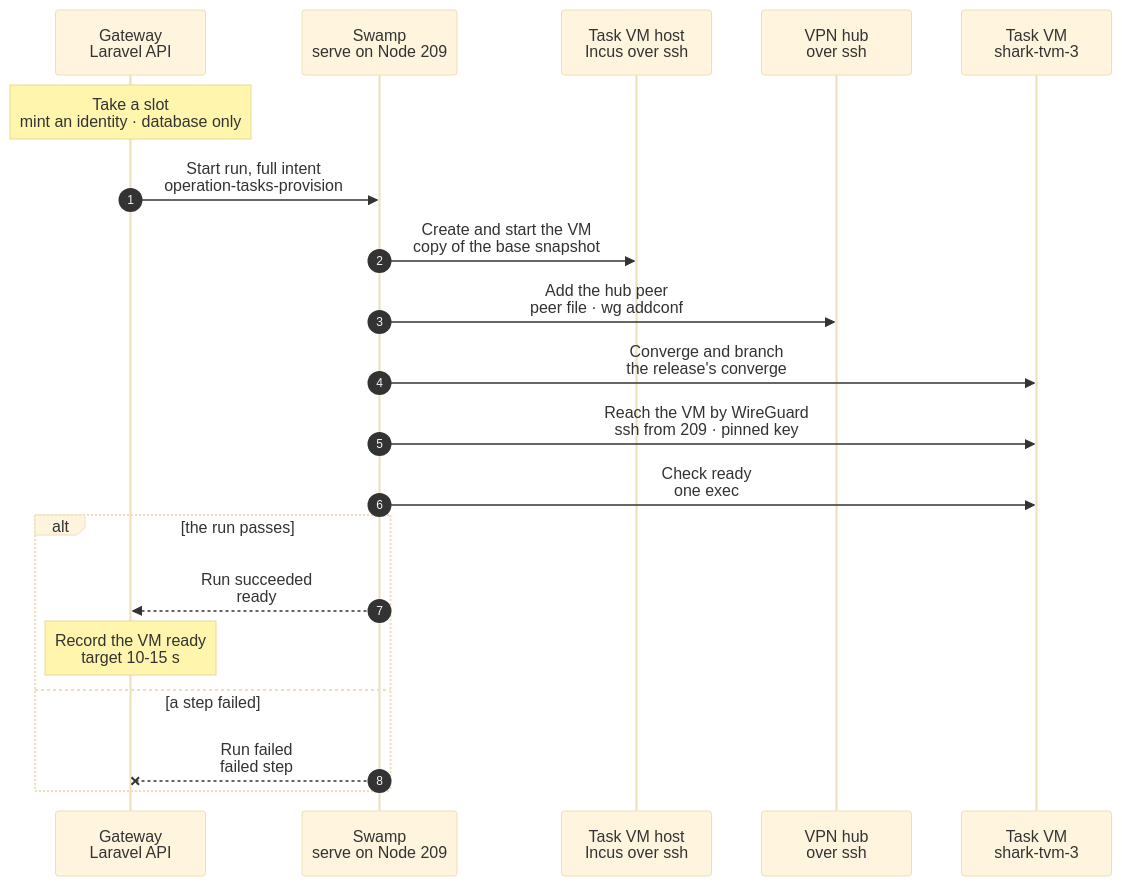
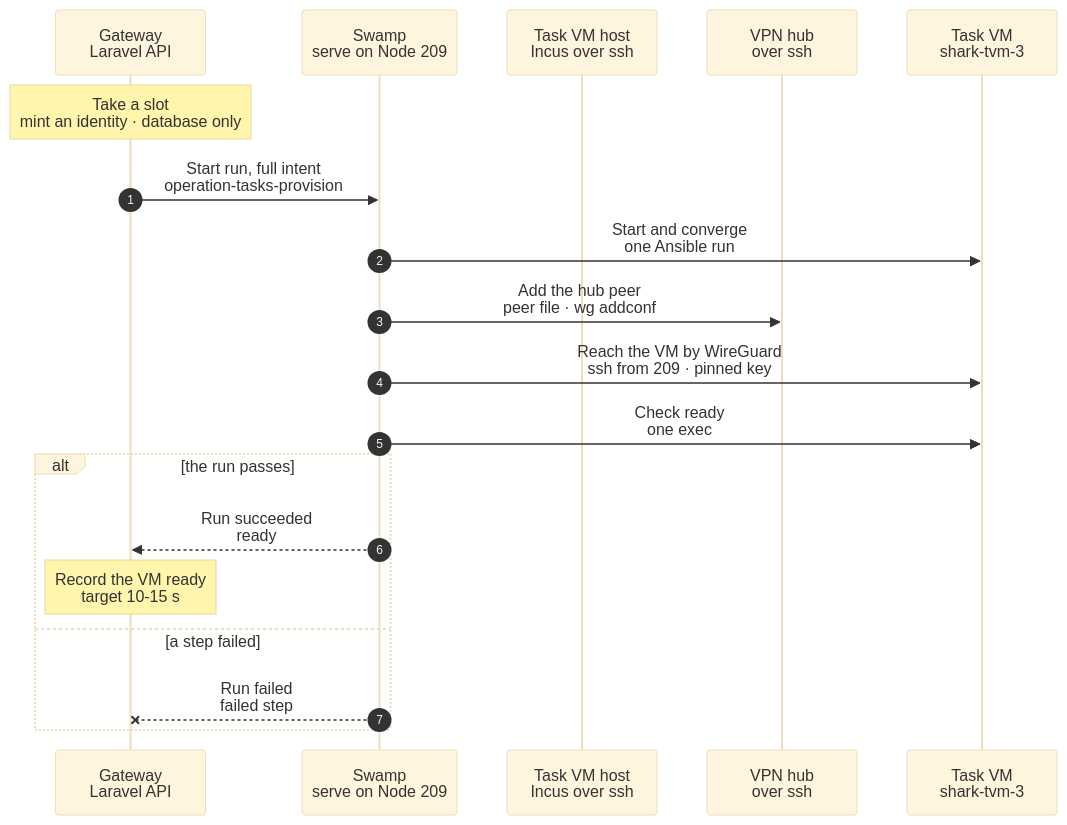
The diagram in docs/cli/tasks/provision.mmd (hardimpactdev/orbit), drawn with Mermaid (base theme) before and after one commit. The commit also changed 10 other files, not shown here.

First line of the commit message:
Task start: the host part and the converge are one Ansible run in one Swamp step

```diff
--- a/docs/cli/tasks/provision.mmd
+++ b/docs/cli/tasks/provision.mmd
@@ -1,58 +1,57 @@
 sequenceDiagram
   %% Target design (agreed with Nick, 2026-11-07): a task start copies the host's base VM snapshot and gives the copy a fresh identity. There are no fixed slot identities: a slot is only a place under the host's capacity (`max_vms`), and the VM is named `<host>-tvm-<n>` by its slot number.
   %% status: draft
   %% command: tasks:provision
   %% kind: tasks.provision
   autonumber
   %% lane GW icon=gateway pill=intent tone=blue
   %% lane SW icon=workflow pill=executes tone=green
   %% lane H icon=server pill=target tone=amber
   %% lane HUB icon=server pill=target tone=purple
   %% lane VM icon=server pill=task VM tone=purple
   participant GW as Gateway<br/>Laravel API
   participant SW as Swamp<br/>serve on Node 209
   participant H as Task VM host<br/>Incus over ssh
   participant HUB as VPN hub<br/>over ssh
   participant VM as Task VM<br/>shark-tvm-3
   Note over GW: Take a slot<br/>mint an identity · database only
   %%> Started by:
   %%> - `tasks:provision` for a todo group, from proof CI or feature work
   %%> Result:
   %%> - the lowest free slot number under the capacity of the host with the most room: `shark-tvm-3`
   %%> - a fresh identity: the Node record with its `app-dev` role, a WireGuard key pair, the agent secret and an SSH host key, pinned on the Node from the start so nothing is read back
   %%> - the claim's Pi token and Pi models file in the vault; the file holds the model router guard origin and the one fixed model key, the same for every VM
   GW->>SW: Start run, full intent<br/>operation-tasks-provision
-  SW->>H: Create and start the VM<br/>copy of the base snapshot
+  SW->>VM: Start and converge<br/>one Ansible run
   %%> What it does:
-  %%> - one host phase: `incus copy` of the base VM's recorded snapshot and a clone of its seed snapshot (ZFS clones); an identity volume of the VM with the identity and the claim (the Pi token and the Pi models file), pushed from the vault on stdin; then `incus start`. It waits for nothing in the guest
+  %%> - one `ansible-playbook` run with two parts, and no second start: the host part runs on the task VM host over ssh, then the converge runs on the VM over WireGuard
+  %%> - host part: `incus copy` of the base VM's recorded snapshot and a clone of its seed snapshot (ZFS clones); an identity volume of the VM with the identity and the claim (the Pi token and the Pi models file), pushed from the vault on stdin; then `incus start`. It waits for nothing in the guest
   %%> - Pi calls the guard with the fixed key from the VM's own WireGuard address; the start makes no model router call and registers no key
   %%> - at boot, the base's `orbit-identity` unit applies the identity volume before sshd, WireGuard and the agent start, then unmounts it; sshd answers over WireGuard about 6 s after the start
   %%> - the containers start by themselves (`boot.autostart`) and already hold the proof Swamp Club key of the base
-  SW->>HUB: Add the hub peer<br/>peer file · wg addconf
-  %%> Runs beside the step before it: Swamp starts both at once.
-  %%> What it does:
-  %%> - the VM's public key and address on the WireGuard hub, while the VM boots
-  SW->>VM: Converge and branch<br/>the release's converge
-  %%> What it does:
-  %%> - the same Ansible converge as the release refresh, over WireGuard with the address and host key of the admission; it starts as soon as sshd answers and reads nothing back from the host
-  %%> - the glue is two steps: write the intent once, then one step that builds the playbook input and starts Ansible; the address and host key come from the admission, so nothing is read from the host
+  %%> - converge part: the same Ansible converge as the release refresh, with the address and host key of the admission; it starts as soon as sshd answers and reads nothing back from the host
+  %%> - the glue is one write of the intent and the step that builds the playbook input and starts Ansible; nothing is read from the host
   %%> - with no delta every part is skipped, and it catches up a small delta when main moved since the last release
   %%> - the nested Gateway's services restart only when `apps/gateway` changed since the base, and its agent delivery manifest is placed only when the pinned agent build changed; a commit that changes neither does neither
   %%> - the containers' `base` snapshots belong to the refresh: a task start never retakes them
   %%> - then the new task branch on the checkout; it waits for no nested service
+  SW->>HUB: Add the hub peer<br/>peer file · wg addconf
+  %%> Runs beside the step before it: Swamp starts both at once.
+  %%> What it does:
+  %%> - the VM's public key and address on the WireGuard hub, while the VM boots; the converge part waits for the connection, and the readiness steps below wait for this step
   SW->>VM: Reach the VM by WireGuard<br/>ssh from 209 · pinned key
   %%> What it does:
   %%> - the path every later step takes (sync, check, turn, script): ssh from a Swamp worker to the VM's WireGuard address with its pinned host key
   %%> - runs beside the readiness read
   SW->>VM: Check ready<br/>one exec
   %%> What it does:
   %%> - what a task needs: the agent, Pi, the tunnel and the three containers running; Swamp's `assert` decides
   %%> - the tunnel counts as up once WireGuard has a handshake with the hub; the hub answers no ping from a task VM
   alt the run passes
     SW-->>GW: Run succeeded<br/>ready
     Note over GW: Record the VM ready<br/>target 10-15 s
   else a step failed
     SW--xGW: Run failed<br/>failed step
     %%> On failure:
     %%> - the release runs: the VM, its seed clone, its identity volume, the hub peer, the keys and the Node record go, and the slot is free
   end
```
